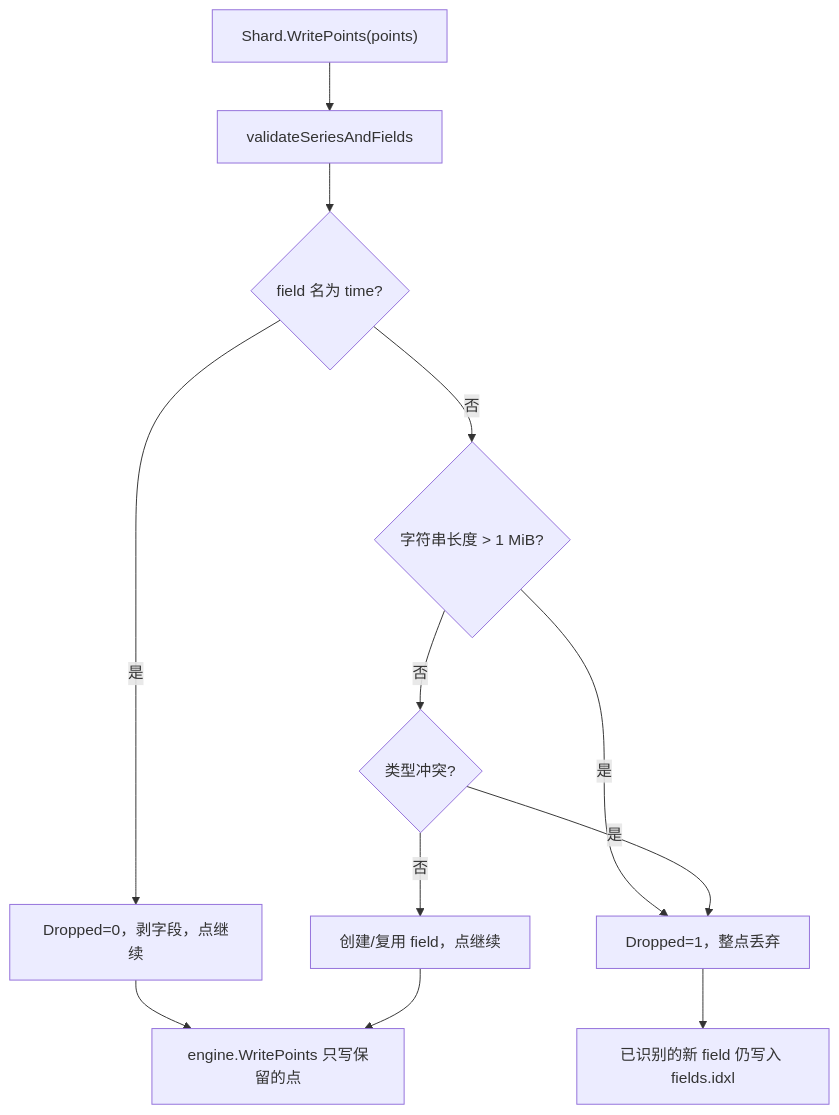
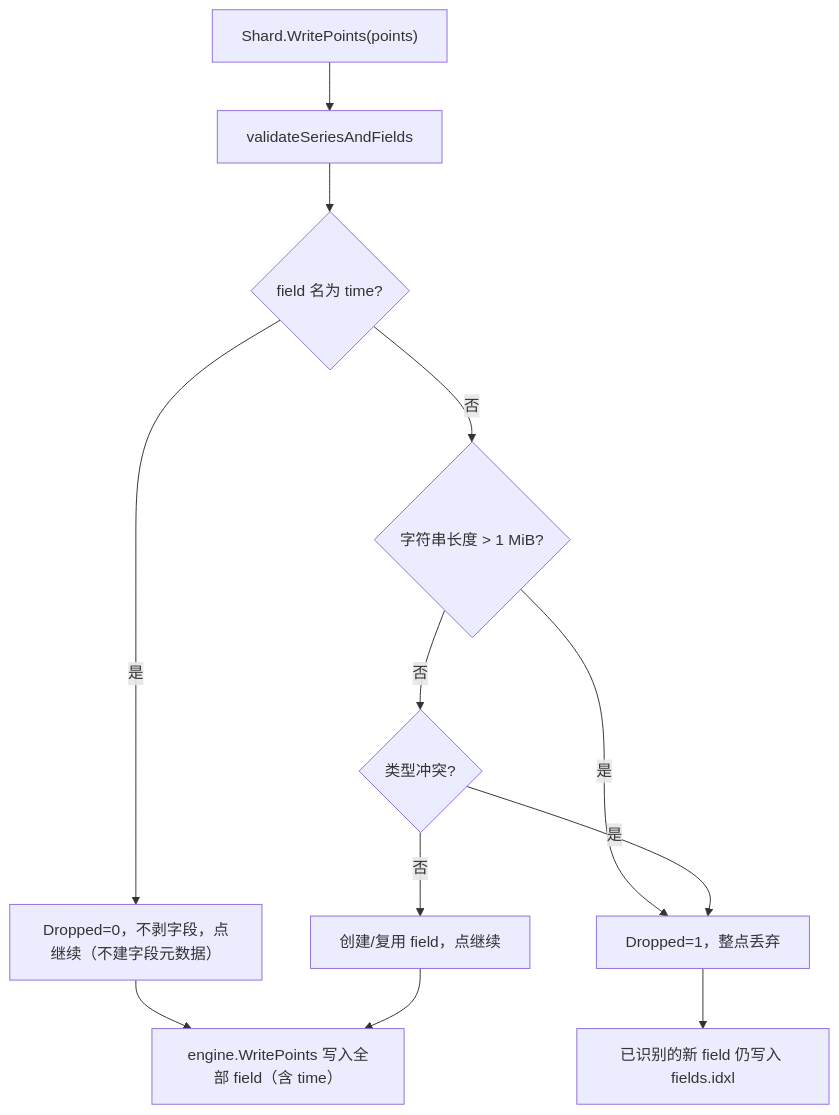
Before and after one commit to stefanv5/influxdb: diagram 13 of 15 in docs/specs/06_cluster_communication_spec.md, drawn with Mermaid. The commit also changed other lines of this file and 2 other files, not shown here.

````diff
--- a/docs/specs/06_cluster_communication_spec.md
+++ b/docs/specs/06_cluster_communication_spec.md
@@ -2335,14 +2335,14 @@
 ```mermaid
 flowchart TD
     A["Shard.WritePoints(points)"] --> B["validateSeriesAndFields"]
     B --> C{"field 名为 time?"}
-    C -->|"是"| D["Dropped=0，剥字段，点继续"]
+    C -->|"是"| D["Dropped=0，不剥字段，点继续（不建字段元数据）"]
     C -->|"否"| E{"字符串长度 > 1 MiB?"}
     E -->|"是"| F["Dropped=1，整点丢弃"]
     E -->|"否"| G{"类型冲突?"}
     G -->|"是"| F
     G -->|"否"| H["创建/复用 field，点继续"]
     F --> I["已识别的新 field 仍写入 fields.idxl"]
-    D --> J["engine.WritePoints 只写保留的点"]
+    D --> J["engine.WritePoints 写入全部 field（含 time）"]
     H --> J
 ```
````
